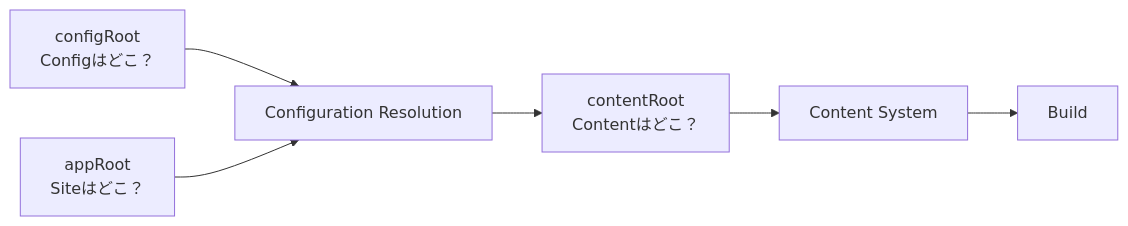
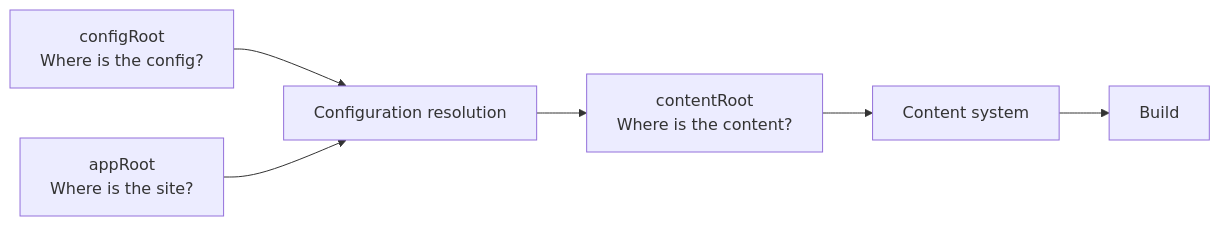
Before and after one commit to Rerurate514/riebeckite: the diagram in docs/docs/reference/configuration.md, drawn with Mermaid. The commit also changed other lines of this file and 604 other files, not shown here.

````diff
--- a/docs/docs/reference/configuration.md
+++ b/docs/docs/reference/configuration.md
@@ -1038,13 +49,13 @@
-```mermaid id="zzmq0d"
+```mermaid
 flowchart LR
-    App["appRoot<br/>Siteはどこ？"]
-    Config["configRoot<br/>Configはどこ？"]
-    Content["contentRoot<br/>Contentはどこ？"]
+    App["appRoot<br/>Where is the site?"]
+    Config["configRoot<br/>Where is the config?"]
+    Content["contentRoot<br/>Where is the content?"]
 
-    Config --> Resolve["Configuration Resolution"]
+    Config --> Resolve["Configuration resolution"]
     App --> Resolve
     Resolve --> Content
 
-    Content --> Manager["Content System"]
+    Content --> Manager["Content system"]
     Manager --> Build["Build"]
 ```
````
